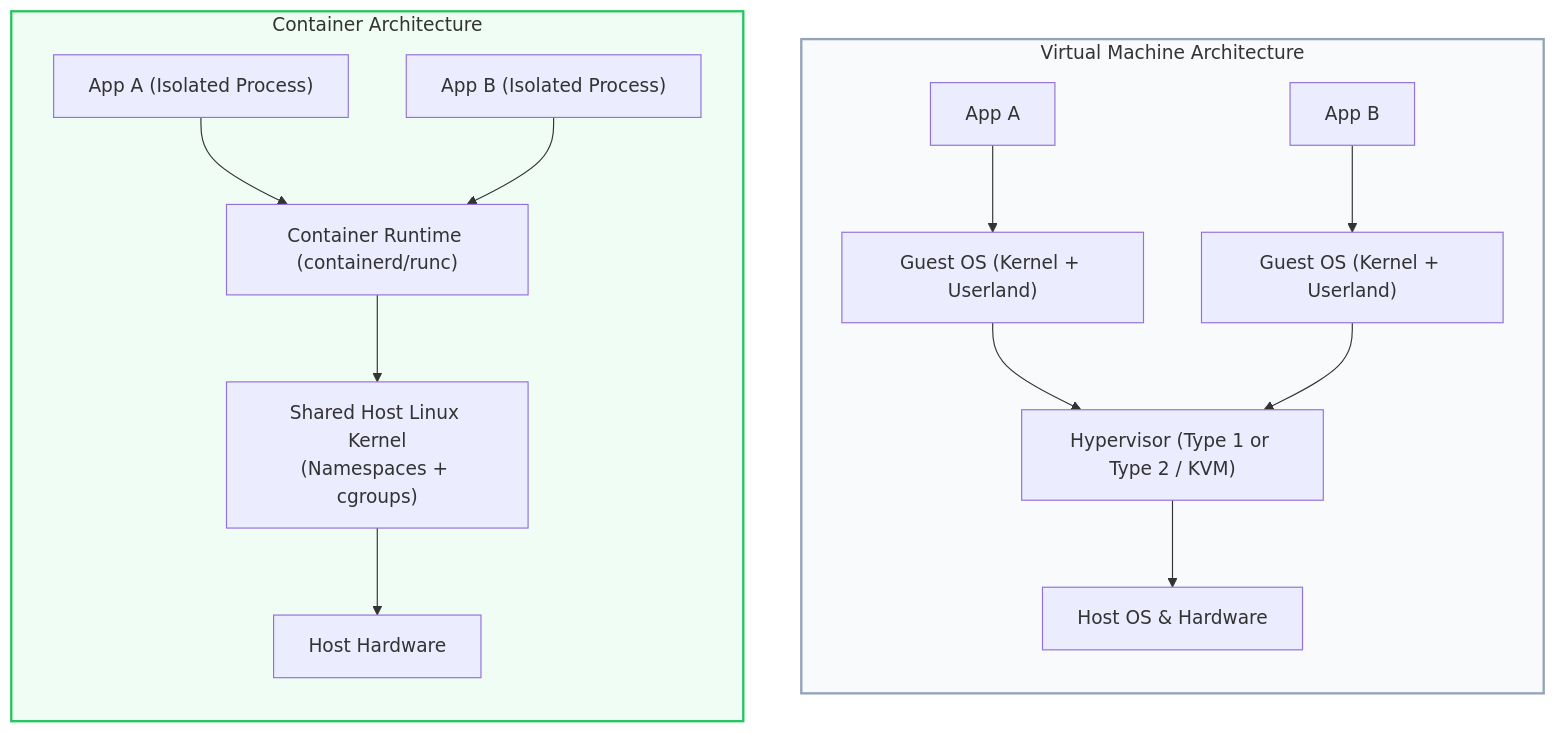
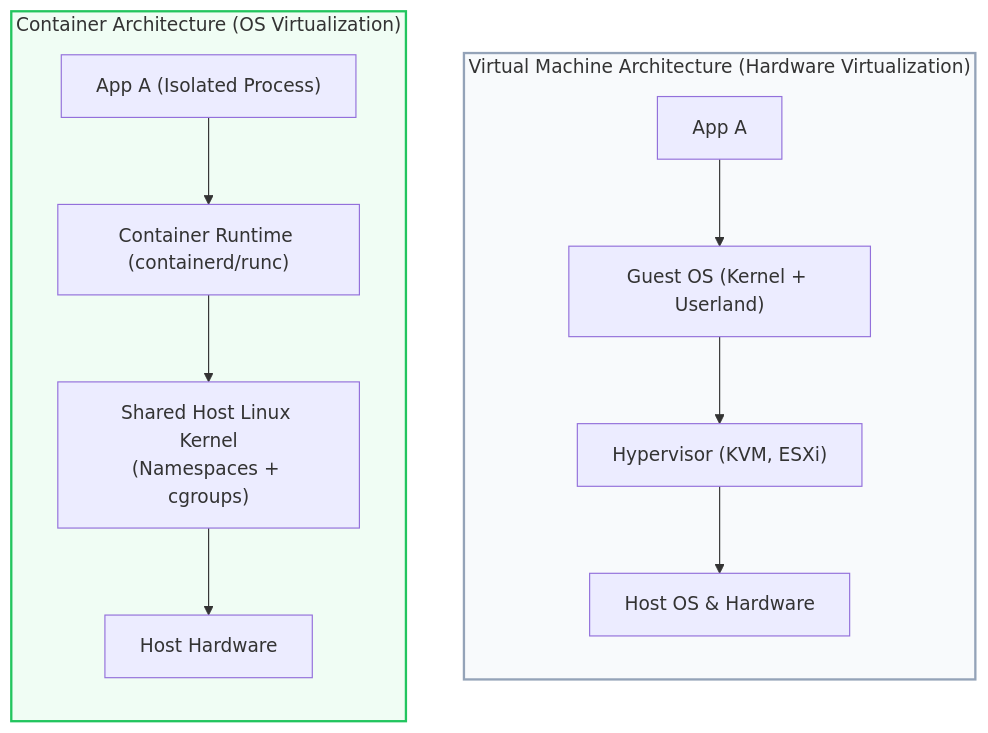
One commit to PandeyKishan/Study-Notes changed the first of 4 diagrams in 01-Docker/01-Core-Concepts-and-Architecture.md. Above: the diagram before and after it, drawn with Mermaid. The commit also changed other lines of this file and 38 other files, not shown here.

````diff
--- a/01-Docker/01-Core-Concepts-and-Architecture.md
+++ b/01-Docker/01-Core-Concepts-and-Architecture.md
@@ -12,22 +12,19 @@
 ```mermaid
 flowchart TB
-    subgraph VM_Architecture["Virtual Machine Architecture"]
+    subgraph VM_Architecture["Virtual Machine Architecture (Hardware Virtualization)"]
         direction TB
         App1["App A"] --> GuestOS1["Guest OS (Kernel + Userland)"]
-        App2["App B"] --> GuestOS2["Guest OS (Kernel + Userland)"]
-        GuestOS1 --> Hypervisor["Hypervisor (Type 1 or Type 2 / KVM)"]
-        GuestOS2 --> Hypervisor
+        GuestOS1 --> Hypervisor["Hypervisor (KVM, ESXi)"]
         Hypervisor --> HostOS_VM["Host OS & Hardware"]
     end
 
-    subgraph Container_Architecture["Container Architecture"]
+    subgraph Container_Architecture["Container Architecture (OS Virtualization)"]
         direction TB
         AppC1["App A (Isolated Process)"] --> Engine["Container Runtime (containerd/runc)"]
-        AppC2["App B (Isolated Process)"] --> Engine
         Engine --> SharedKernel["Shared Host Linux Kernel\n(Namespaces + cgroups)"]
         SharedKernel --> HostHardware["Host Hardware"]
     end
 
     style VM_Architecture fill:#f8fafc,stroke:#94a3b8,stroke-width:2px
     style Container_Architecture fill:#f0fdf4,stroke:#22c55e,stroke-width:2px
 ```
````
